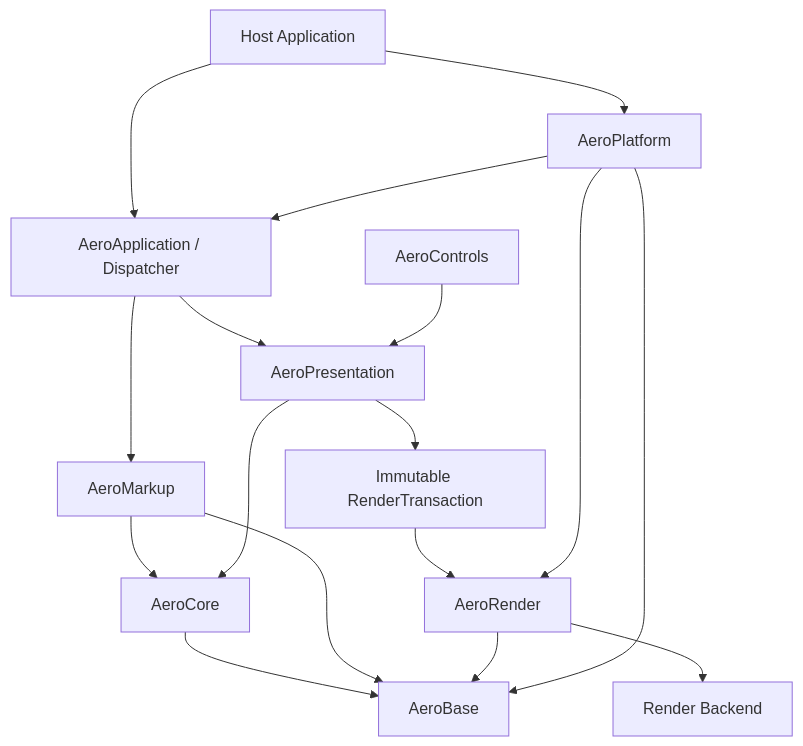
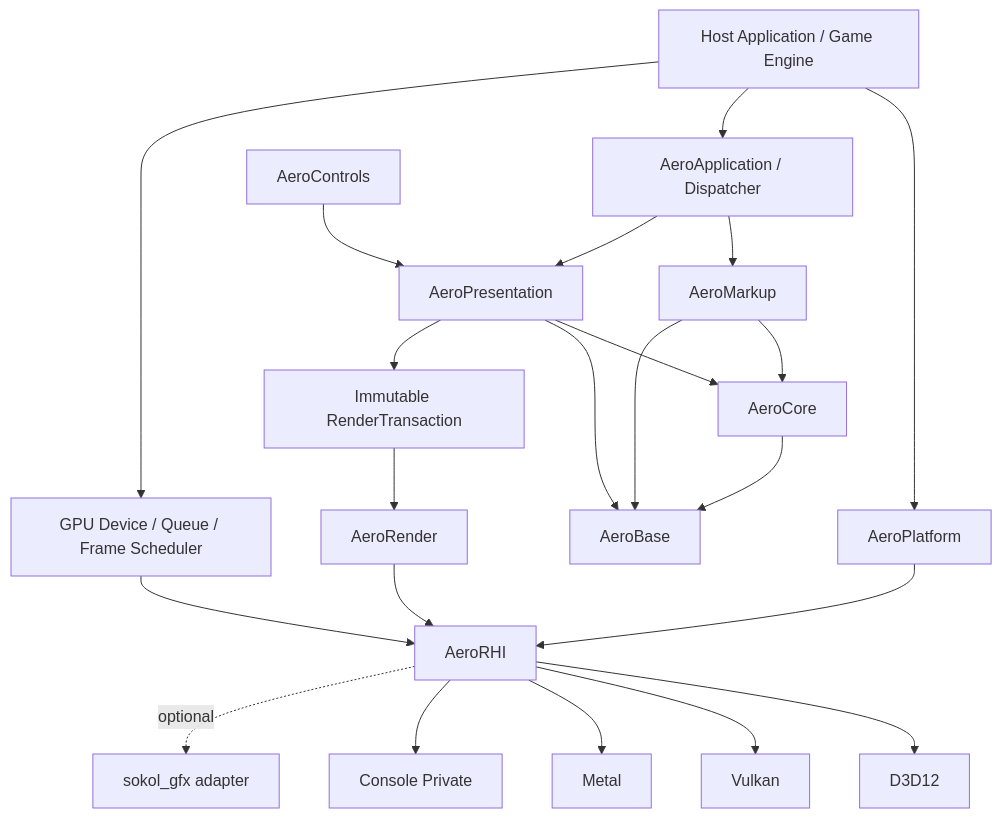
The diagram in docs/WPF_CPP_PORT_SPEC.md (smithw2055-rgb/AeroGUI), drawn with Mermaid before and after one commit. The commit also changed other lines of this file, not shown here.

Commit message:
Adopt C++17 foundation and native GPU architecture

````diff
--- a/docs/WPF_CPP_PORT_SPEC.md
+++ b/docs/WPF_CPP_PORT_SPEC.md
@@ -90,22 +115,28 @@
 ```mermaid
 flowchart TB
-    Host[Host Application] --> Platform[AeroPlatform]
+    Host[Host Application / Game Engine] --> Platform[AeroPlatform]
     Host --> UI[AeroApplication / Dispatcher]
-    Platform --> UI
+    Host --> Device[GPU Device / Queue / Frame Scheduler]
 
     UI --> Markup[AeroMarkup]
     Markup --> Core[AeroCore]
     UI --> Presentation[AeroPresentation]
     Presentation --> Core
     Controls[AeroControls] --> Presentation
 
+    Core --> Base[AeroBase]
+    Markup --> Base
+    Presentation --> Base
+
     Presentation --> Tx[Immutable RenderTransaction]
     Tx --> Render[AeroRender]
-    Platform --> Render
-    Render --> Backend[Render Backend]
+    Render --> RHI[AeroRHI]
+    Platform --> RHI
+    Device --> RHI
 
-    Core --> Base[AeroBase]
-    Markup --> Base
-    Render --> Base
-    Platform --> Base
+    RHI --> D3D12[D3D12]
+    RHI --> Vulkan[Vulkan]
+    RHI --> Metal[Metal]
+    RHI --> Console[Console Private]
+    RHI -. optional .-> Sokol[sokol_gfx adapter]
 ```
````
